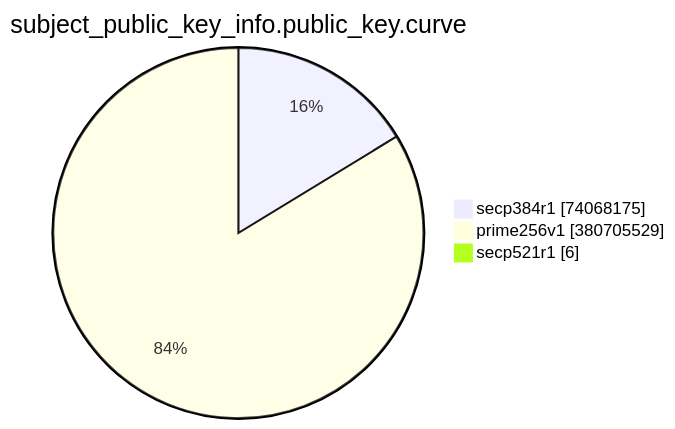
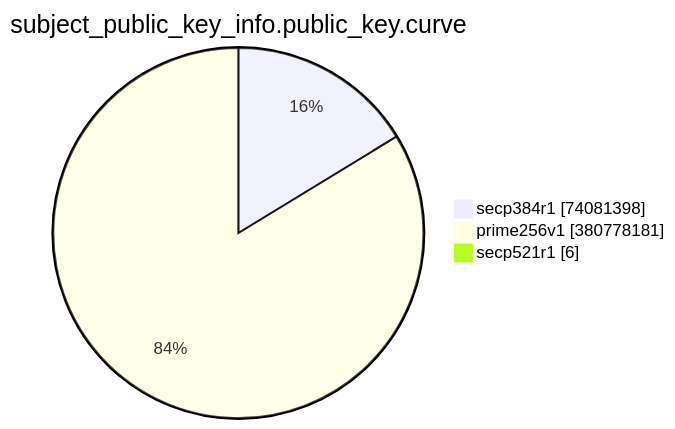
Before and after one commit to christiankrug/ctmonitor_visualization: the eighth of 15 diagrams in TOTAL/README.md, drawn with Mermaid. The commit also changed other lines of this file, not shown here.

````diff
--- a/TOTAL/README.md
+++ b/TOTAL/README.md
@@ -3094,7 +3094,7 @@
 ```mermaid
 pie showData
 title subject_public_key_info.public_key.curve
-"secp384r1" :74068175
-"prime256v1" :380705529
+"secp384r1" :74081398
+"prime256v1" :380778181
 "secp521r1" :6
 ```
````
